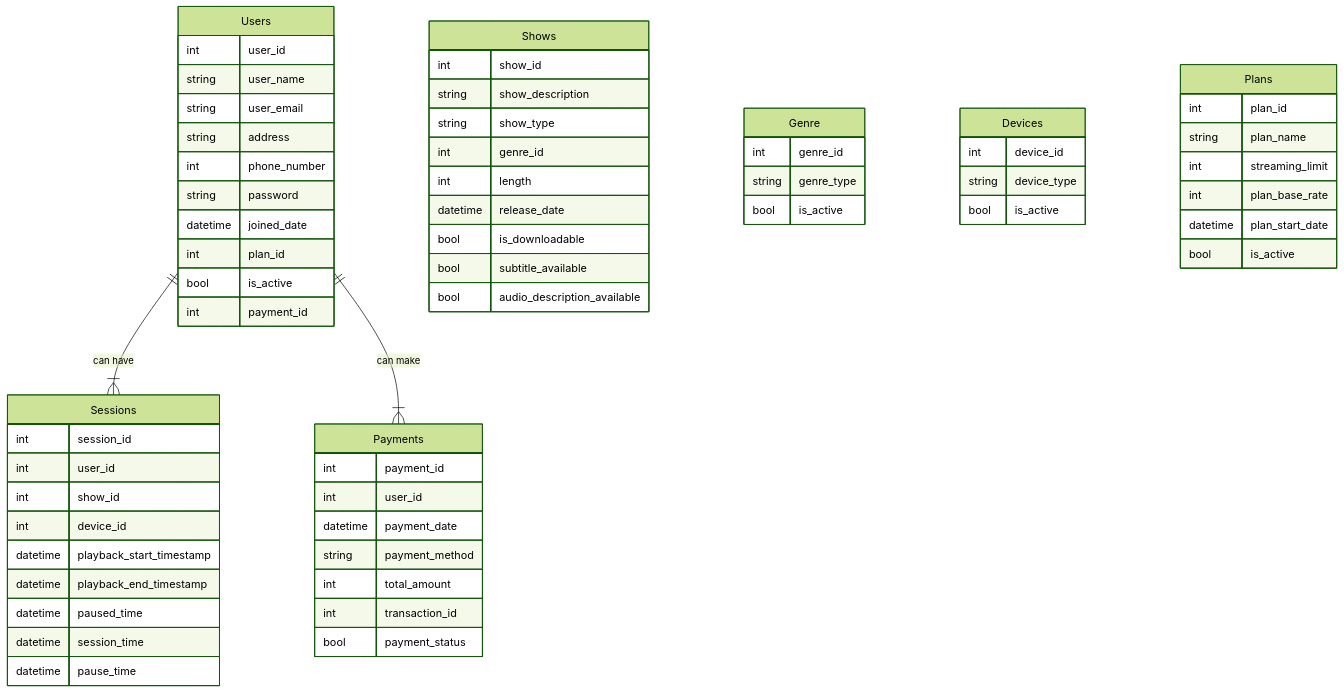
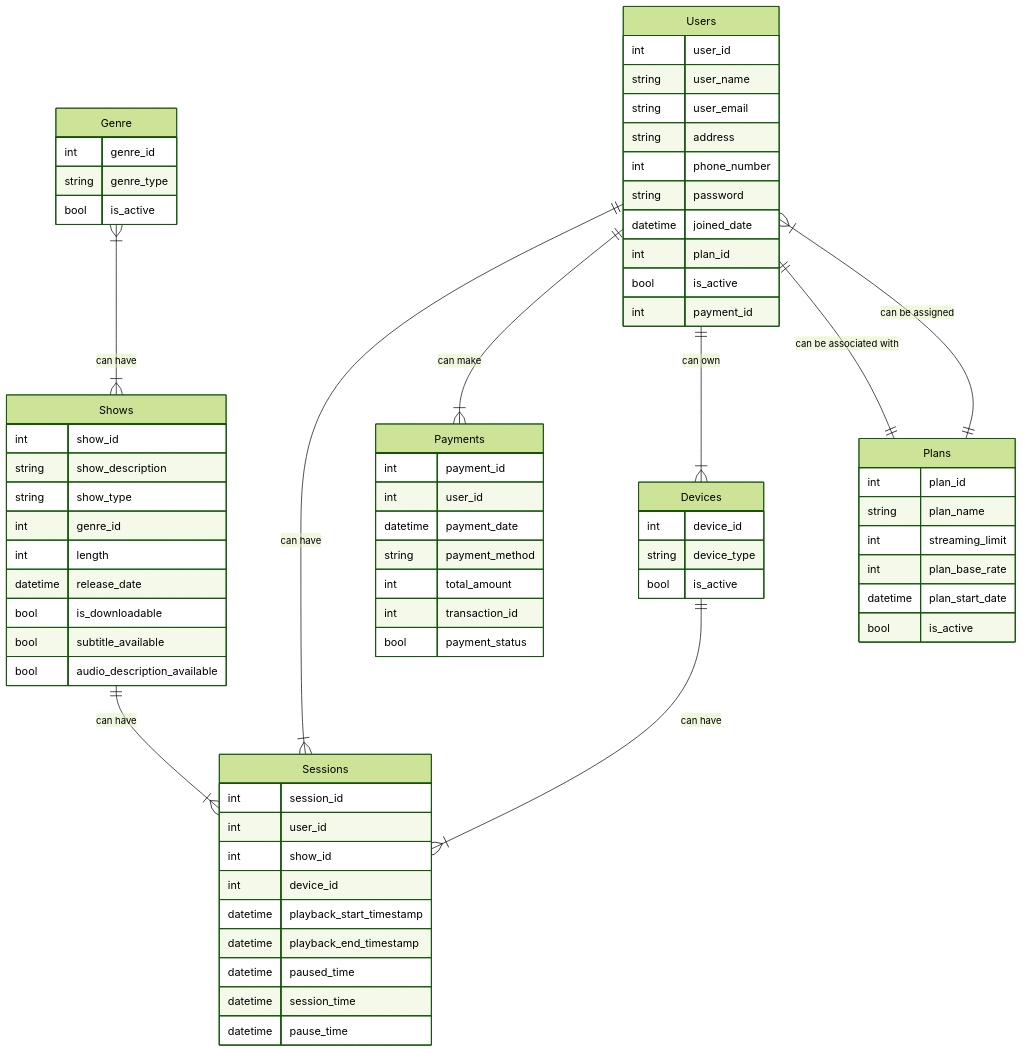
The diagram in README.md (vidishsirdesai/video_streaming_platforms_hld), drawn with Mermaid (forest theme) before and after one commit. The commit also changed other lines of this file, not shown here.

````diff
--- a/README.md
+++ b/README.md
@@ -139,66 +139,72 @@
 ```mermaid
 erDiagram
     a["Users"] {
         int user_id
         string user_name
         string user_email
         string address
         int phone_number
         string password
         datetime joined_date
         int plan_id
         bool is_active
         int payment_id
     }
     b["Shows"] {
         int show_id
         string show_description
         string show_type
         int genre_id
         int length
         datetime release_date
         bool is_downloadable
         bool subtitle_available 
         bool audio_description_available
     }
     c["Sessions"] {
         int session_id
         int user_id
         int show_id
         int device_id
         datetime playback_start_timestamp
         datetime playback_end_timestamp
         datetime paused_time
         datetime session_time
         datetime pause_time
     }
     d["Genre"] {
         int genre_id
         string genre_type
         bool is_active
     }
     e["Devices"] {
         int device_id
         string device_type
         bool is_active
     }
     f["Plans"] {
         int plan_id
         string plan_name
         int streaming_limit
         int plan_base_rate
         datetime plan_start_date
         bool is_active
     }
     g["Payments"] {
         int payment_id
         int user_id
         datetime payment_date
         string payment_method
         int total_amount
         int transaction_id
         bool payment_status
     }
     a ||--|{ c : "can have"
     a ||--|{ g : "can make"
+    b ||--|{ c : "can have"
+    e ||--|{ c : "can have"
+    f ||--|{ a : "can be assigned"
+    d }|--|{ b : "can have"
+    a ||--|{ e : "can own"
+    a ||--|| f : "can be associated with"
 ```
````
